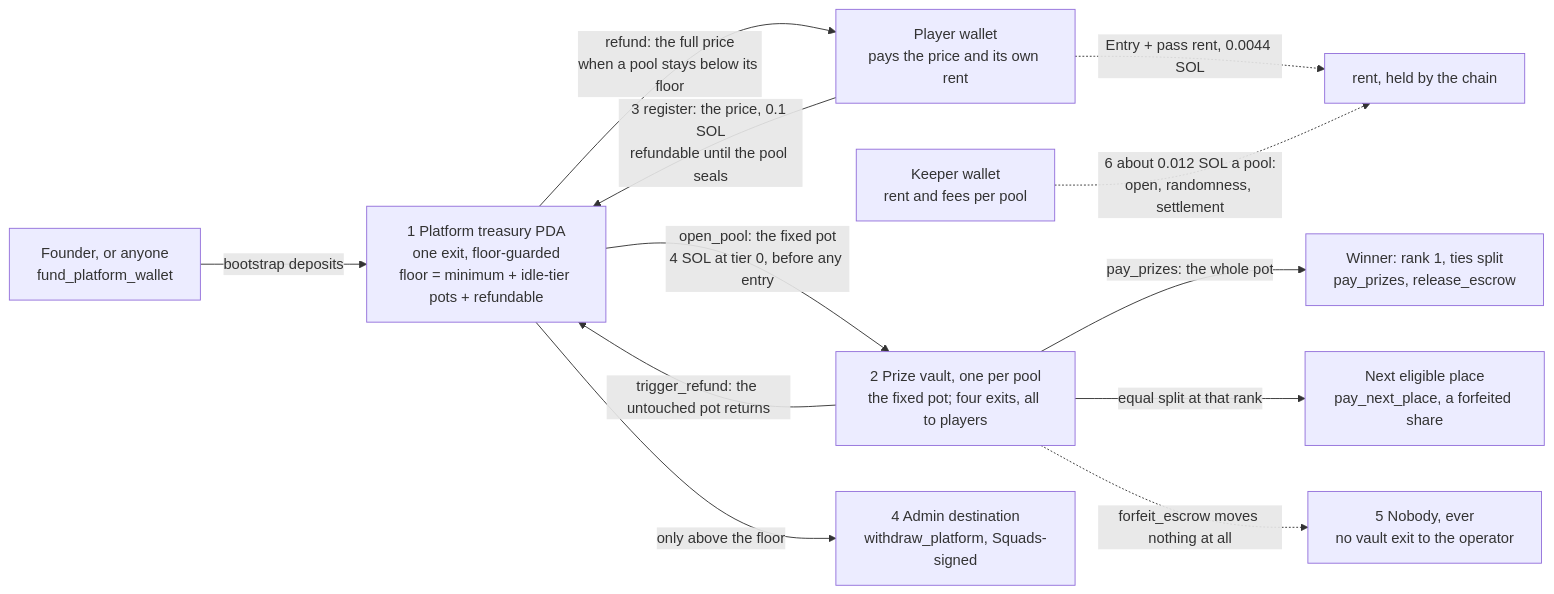
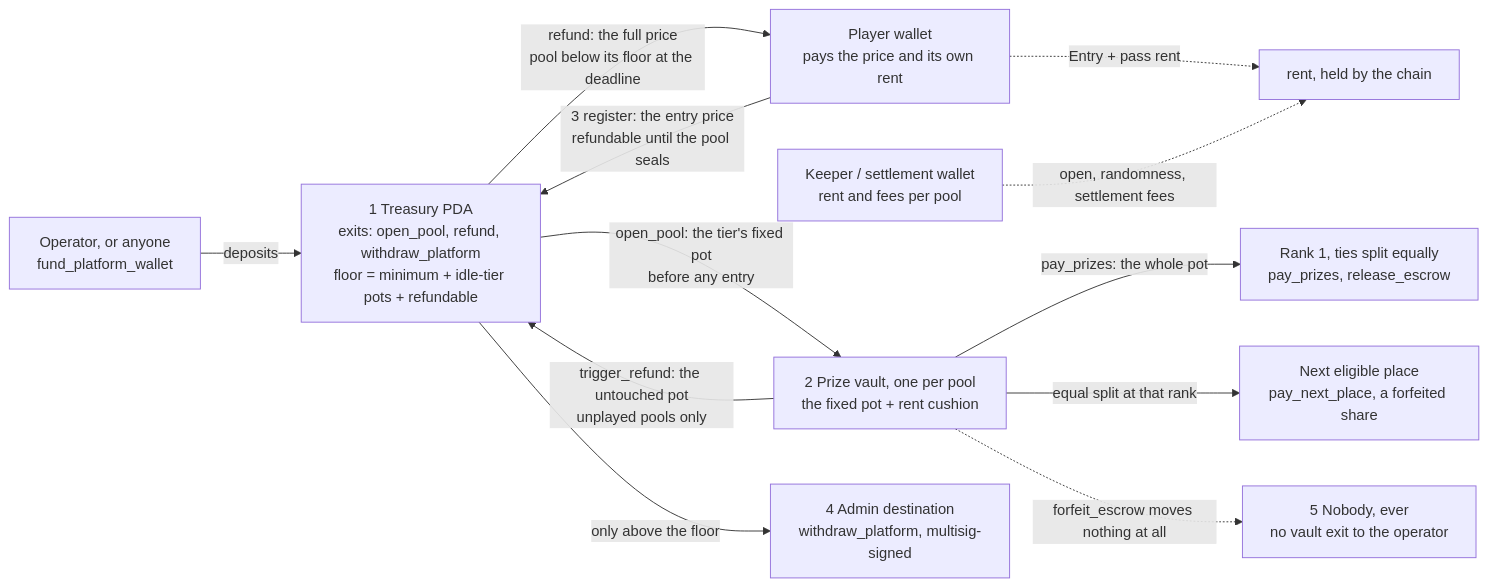
The fifth of 7 diagrams in docs/architecture/DIAGRAMS.md (tomtblock/blotto), drawn with Mermaid before and after one commit. The commit also changed other lines of this file and 1 other file, not shown here.

First line of the commit message:
Docs cleanup: architecture and diagrams re-verified against the code

````diff
--- a/docs/architecture/DIAGRAMS.md
+++ b/docs/architecture/DIAGRAMS.md
@@ -258,23 +255,23 @@
 ```mermaid
 flowchart LR
-  FOUNDER["Founder, or anyone<br/>fund_platform_wallet"]
+  FUNDER["Operator, or anyone<br/>fund_platform_wallet"]
   PLAYER["Player wallet<br/>pays the price and its own rent"]
-  KEEPER["Keeper wallet<br/>rent and fees per pool"]
-  TREAS["1 Platform treasury PDA<br/>one exit, floor-guarded<br/>floor = minimum + idle-tier pots + refundable"]
-  VAULT["2 Prize vault, one per pool<br/>the fixed pot; four exits, all to players"]
-  ADMIN["4 Admin destination<br/>withdraw_platform, Squads-signed"]
-  WINNER["Winner: rank 1, ties split<br/>pay_prizes, release_escrow"]
+  KEEPER["Keeper / settlement wallet<br/>rent and fees per pool"]
+  TREAS["1 Treasury PDA<br/>exits: open_pool, refund, withdraw_platform<br/>floor = minimum + idle-tier pots + refundable"]
+  VAULT["2 Prize vault, one per pool<br/>the fixed pot + rent cushion"]
+  ADMIN["4 Admin destination<br/>withdraw_platform, multisig-signed"]
+  WINNER["Rank 1, ties split equally<br/>pay_prizes, release_escrow"]
   NEXT["Next eligible place<br/>pay_next_place, a forfeited share"]
   NOBODY["5 Nobody, ever<br/>no vault exit to the operator"]
-  FOUNDER -- "bootstrap deposits" --> TREAS
-  PLAYER -- "3 register: the price, 0.1 SOL<br/>refundable until the pool seals" --> TREAS
-  TREAS -- "refund: the full price<br/>when a pool stays below its floor" --> PLAYER
-  TREAS -- "open_pool: the fixed pot<br/>4 SOL at tier 0, before any entry" --> VAULT
-  VAULT -- "trigger_refund: the untouched pot returns" --> TREAS
+  FUNDER -- "deposits" --> TREAS
+  PLAYER -- "3 register: the entry price<br/>refundable until the pool seals" --> TREAS
+  TREAS -- "refund: the full price<br/>pool below its floor at the deadline" --> PLAYER
+  TREAS -- "open_pool: the tier's fixed pot<br/>before any entry" --> VAULT
+  VAULT -- "trigger_refund: the untouched pot<br/>unplayed pools only" --> TREAS
   TREAS -- "only above the floor" --> ADMIN
   VAULT -- "pay_prizes: the whole pot" --> WINNER
   VAULT -- "equal split at that rank" --> NEXT
   VAULT -. "forfeit_escrow moves nothing at all" .-> NOBODY
-  PLAYER -. "Entry + pass rent, 0.0044 SOL" .-> CHAIN["rent, held by the chain"]
-  KEEPER -. "6 about 0.012 SOL a pool:<br/>open, randomness, settlement" .-> CHAIN
+  PLAYER -. "Entry + pass rent" .-> CHAIN["rent, held by the chain"]
+  KEEPER -. "open, randomness, settlement fees" .-> CHAIN
 ```
````
